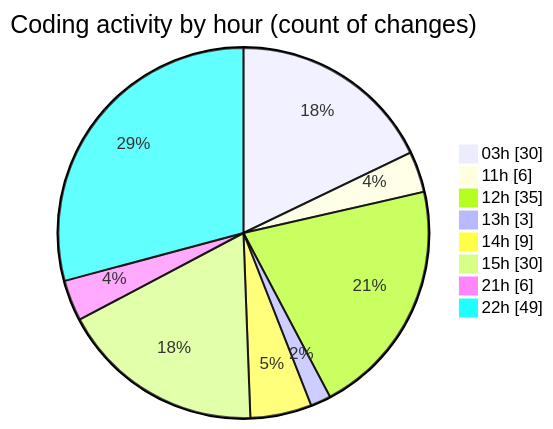
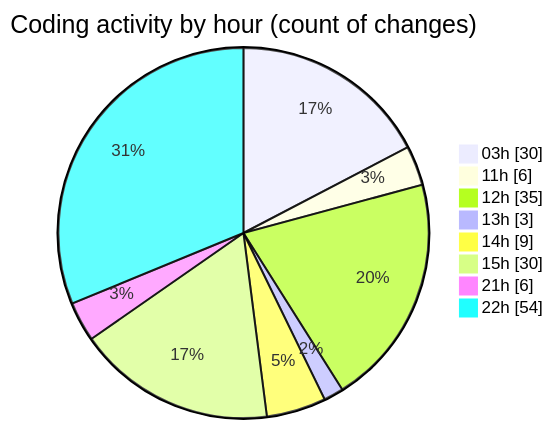
One commit to lephambinh05/code-tracking changed the second of 2 diagrams in 2025-09-13/napxuvn/README.md. Above: the diagram before and after it, drawn with Mermaid. The commit also changed other lines of this file and 1 other file, not shown here.

````diff
--- a/2025-09-13/napxuvn/README.md
+++ b/2025-09-13/napxuvn/README.md
@@ -101,12 +103,12 @@
 ```mermaid
 pie showData
 title Coding activity by hour (count of changes)
 "03h" : 30
 "11h" : 6
 "12h" : 35
 "13h" : 3
 "14h" : 9
 "15h" : 30
 "21h" : 6
-"22h" : 49
+"22h" : 54
 ```
````
